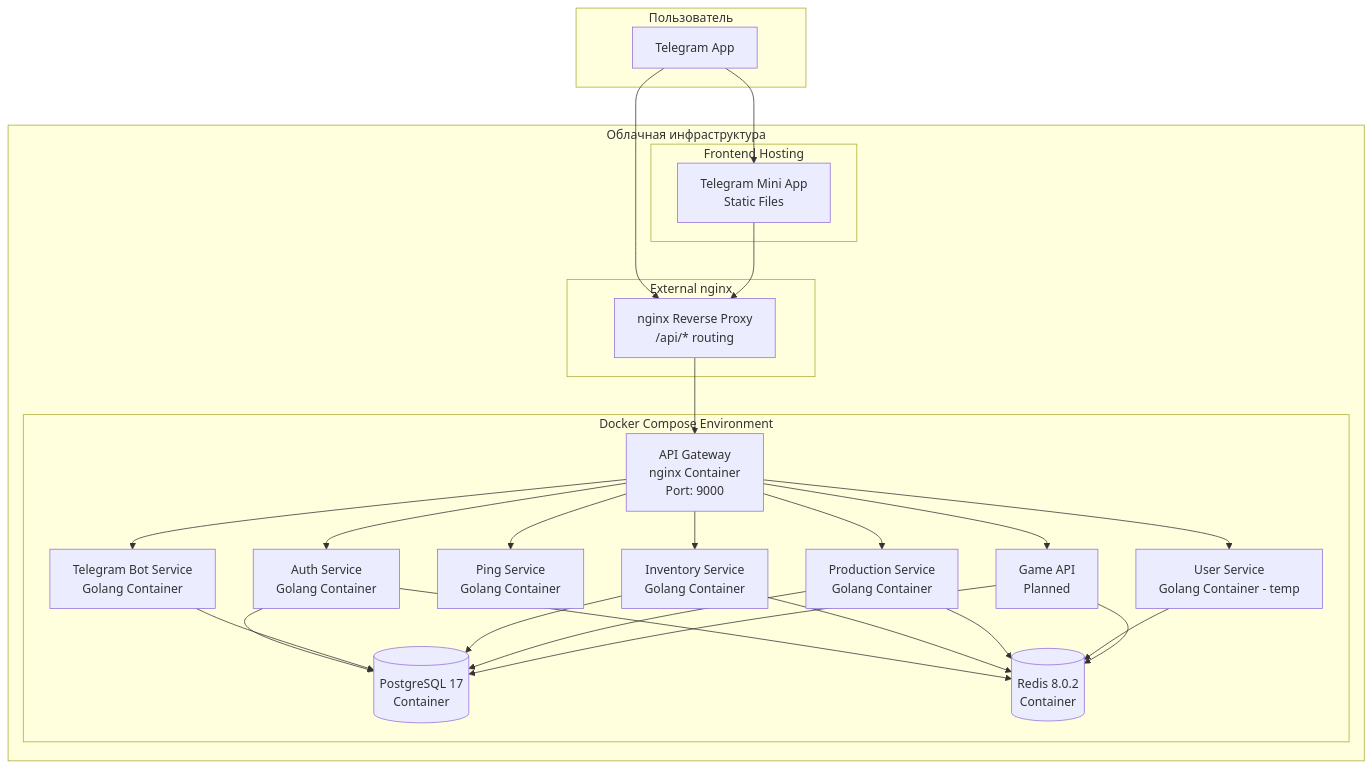
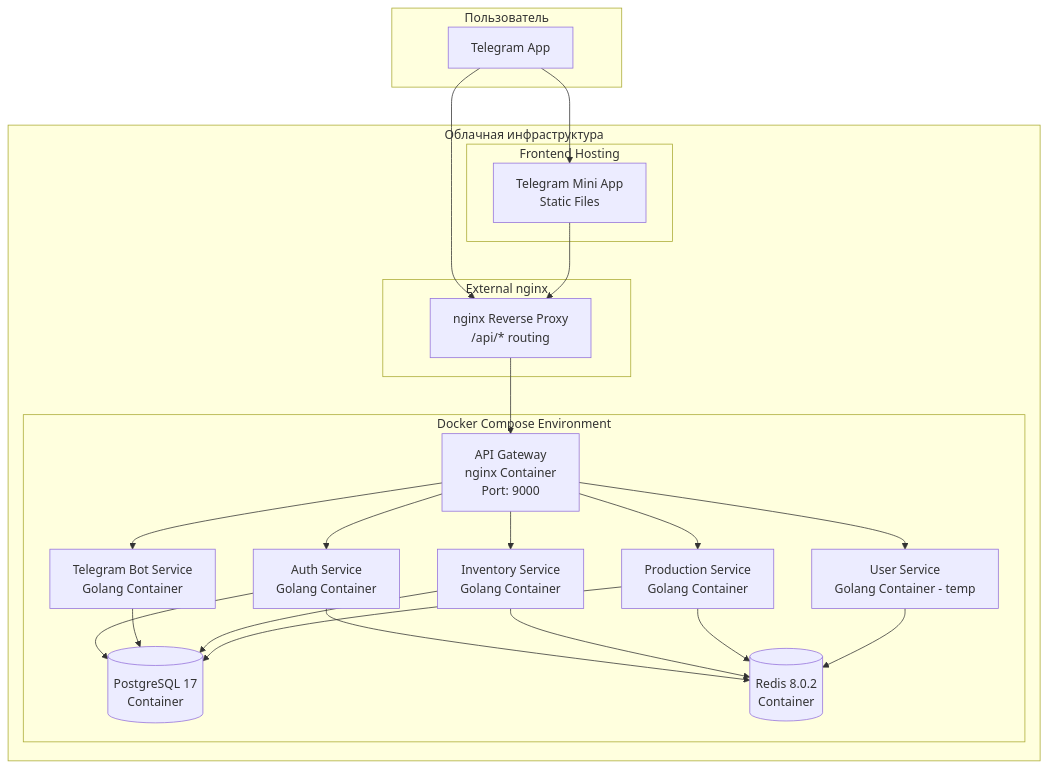
One commit to dpetrakov/shard_legends changed the second of 3 diagrams in docs/architecture/architecture.md. Above: the diagram before and after it, drawn with Mermaid. The commit also changed other lines of this file and 7 other files, not shown here.

First line of the commit message:
Удалить Ping Service и обновить конфигурацию

````diff
--- a/docs/architecture/architecture.md
+++ b/docs/architecture/architecture.md
@@ -329,52 +310,46 @@
 ```mermaid
 graph TB
     subgraph "Пользователь"
         TG[Telegram App]
     end
     
     subgraph "Облачная инфраструктура"
         subgraph "External nginx"
             NGINX[nginx Reverse Proxy<br/>/api/* routing]
         end
         
         subgraph "Frontend Hosting"
             TMA[Telegram Mini App<br/>Static Files]
         end
         
         subgraph "Docker Compose Environment"
             GATEWAY[API Gateway<br/>nginx Container<br/>Port: 9000]
             AUTH[Auth Service<br/>Golang Container]
             BOT[Telegram Bot Service<br/>Golang Container]
-            PING[Ping Service<br/>Golang Container]
             INVENTORY[Inventory Service<br/>Golang Container]
             PRODUCTION[Production Service<br/>Golang Container]
             USER[User Service<br/>Golang Container - temp]
-            GAME[Game API<br/>Planned]
             DB[(PostgreSQL 17<br/>Container)]
             CACHE[(Redis 8.0.2<br/>Container)]
             
             NGINX --> GATEWAY
             GATEWAY --> AUTH
             GATEWAY --> BOT
-            GATEWAY --> PING
             GATEWAY --> INVENTORY
             GATEWAY --> PRODUCTION
             GATEWAY --> USER
-            GATEWAY --> GAME
             AUTH --> DB
             AUTH --> CACHE
             BOT --> DB
             INVENTORY --> DB
             INVENTORY --> CACHE
             PRODUCTION --> DB
             PRODUCTION --> CACHE
             USER --> CACHE
-            GAME --> DB
-            GAME --> CACHE
         end
     end
     
     TG --> NGINX
     TG --> TMA
     TMA --> NGINX
 ```
````
